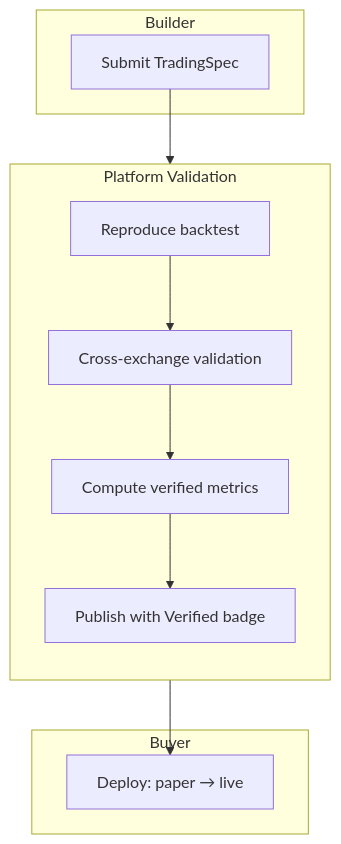
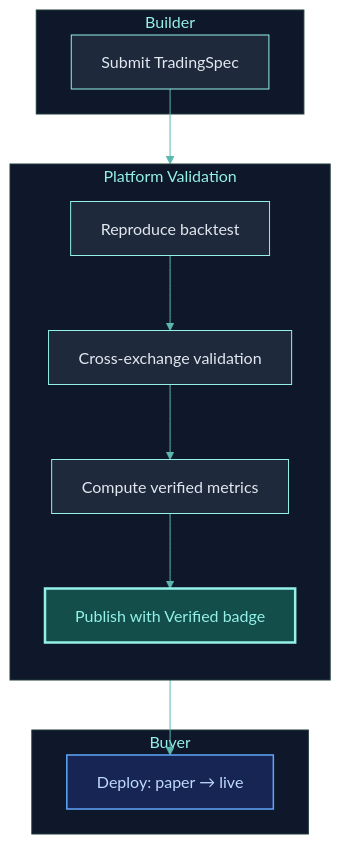
Before and after one commit to Clypt/docs: the first of 2 diagrams in platform/marketplace.mdx, drawn with Mermaid. The commit also changed other lines of this file and 73 other files, not shown here.

````diff
--- a/platform/marketplace.mdx
+++ b/platform/marketplace.mdx
@@ -12,17 +12,22 @@
 ```mermaid
+%%{init: {'theme': 'base', 'themeVariables': { 'primaryColor': '#1e293b', 'primaryTextColor': '#e2e8f0', 'primaryBorderColor': '#94F1E8', 'lineColor': '#5bb8b0', 'clusterBkg': '#0f172a', 'clusterBorder': '#1e3a3a', 'titleColor': '#94F1E8', 'edgeLabelBackground': 'transparent' }}}%%
 flowchart TB
+    classDef highlight fill:#134e4a,stroke:#94F1E8,stroke-width:2.5px,color:#94F1E8
+    classDef action fill:#172554,stroke:#60a5fa,stroke-width:1.5px,color:#bfdbfe
     subgraph Builder
         A["Submit TradingSpec"]
     end
     subgraph Platform["Platform Validation"]
         direction TB
         B["Reproduce backtest"] --> C["Cross-exchange validation"]
         C --> D["Compute verified metrics"]
         D --> E["Publish with Verified badge"]
     end
     subgraph Buyer
         F["Deploy: paper → live"]
     end
     A --> B
     E --> F
+    class E highlight
+    class F action
 ```
````
